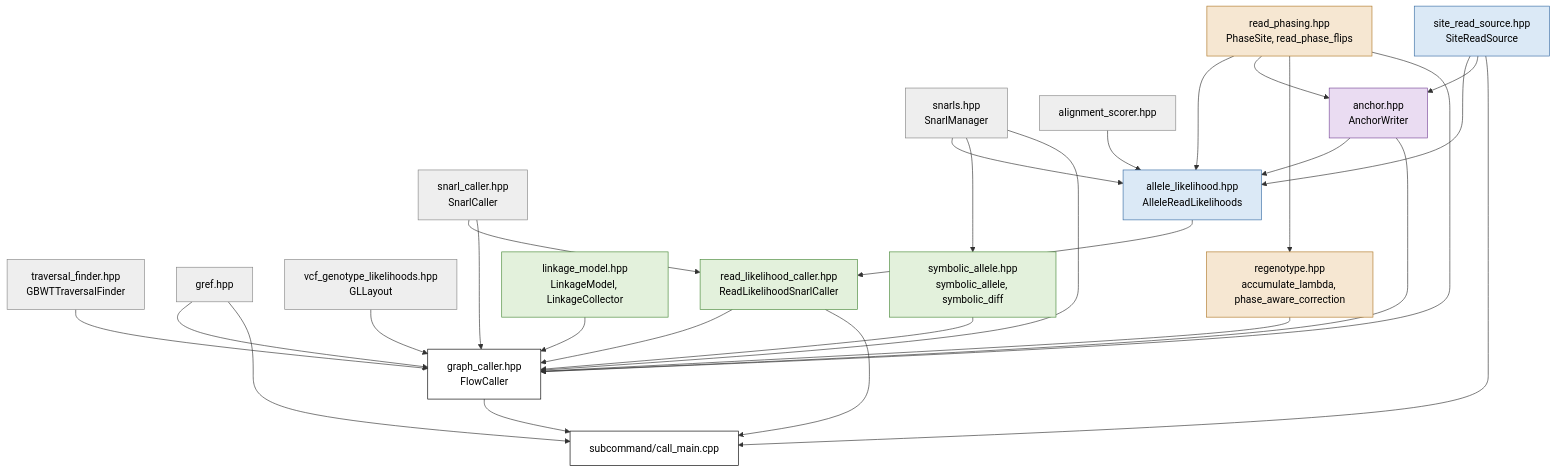
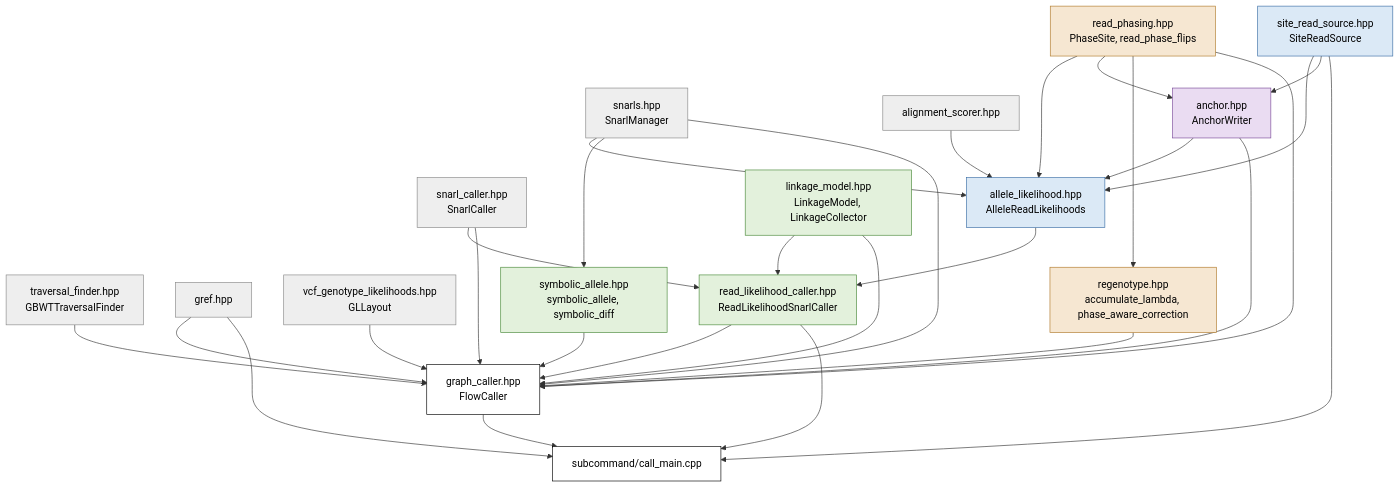
One commit to vgteam/vg changed the diagram in doc/read-likelihood-architecture.md. Above: the diagram before and after it, drawn with Mermaid. The commit also changed other lines of this file and 6 other files, not shown here.

````diff
--- a/doc/read-likelihood-architecture.md
+++ b/doc/read-likelihood-architecture.md
@@ -74,54 +74,55 @@
 ```mermaid
 flowchart TD
     snarls["snarls.hpp<br/>SnarlManager"]:::vg
     scorer["alignment_scorer.hpp"]:::vg
     finder["traversal_finder.hpp<br/>GBWTTraversalFinder"]:::vg
     snarlcaller["snarl_caller.hpp<br/>SnarlCaller"]:::vg
     gref["gref.hpp"]:::vg
     vcfgl["vcf_genotype_likelihoods.hpp<br/>GLLayout"]:::vg
 
     reads["site_read_source.hpp<br/>SiteReadSource"]:::likelihood
     phasing["read_phasing.hpp<br/>PhaseSite, read_phase_flips"]:::phase
     anchor["anchor.hpp<br/>AnchorWriter"]:::output
     likelihood["allele_likelihood.hpp<br/>AlleleReadLikelihoods"]:::likelihood
     caller["read_likelihood_caller.hpp<br/>ReadLikelihoodSnarlCaller"]:::genotype
     linkage["linkage_model.hpp<br/>LinkageModel, LinkageCollector"]:::genotype
     symbolic["symbolic_allele.hpp<br/>symbolic_allele, symbolic_diff"]:::genotype
     regenotype["regenotype.hpp<br/>accumulate_lambda, phase_aware_correction"]:::phase
     graphcaller["graph_caller.hpp<br/>FlowCaller"]:::driver
     main["subcommand/call_main.cpp"]:::driver
 
     reads --> likelihood
     scorer --> likelihood
     snarls --> likelihood
     phasing --> likelihood
     anchor --> likelihood
     reads --> anchor
     phasing --> anchor
     phasing --> regenotype
     snarls --> symbolic
     likelihood --> caller
     snarlcaller --> caller
+    linkage --> caller
     caller --> graphcaller
     linkage --> graphcaller
     symbolic --> graphcaller
     regenotype --> graphcaller
     phasing --> graphcaller
     anchor --> graphcaller
     finder --> graphcaller
     snarls --> graphcaller
     snarlcaller --> graphcaller
     gref --> graphcaller
     vcfgl --> graphcaller
     graphcaller --> main
     caller --> main
     reads --> main
     gref --> main
 
     classDef vg fill:#eeeeee,stroke:#888888,color:#000000
     classDef likelihood fill:#dbe9f6,stroke:#3a6ea5,color:#000000
     classDef genotype fill:#e3f1dc,stroke:#4a8a3a,color:#000000
     classDef phase fill:#f6e7d2,stroke:#b07a2a,color:#000000
     classDef output fill:#eadcf2,stroke:#7a4a9a,color:#000000
     classDef driver fill:#ffffff,stroke:#000000,color:#000000
 ```
````
